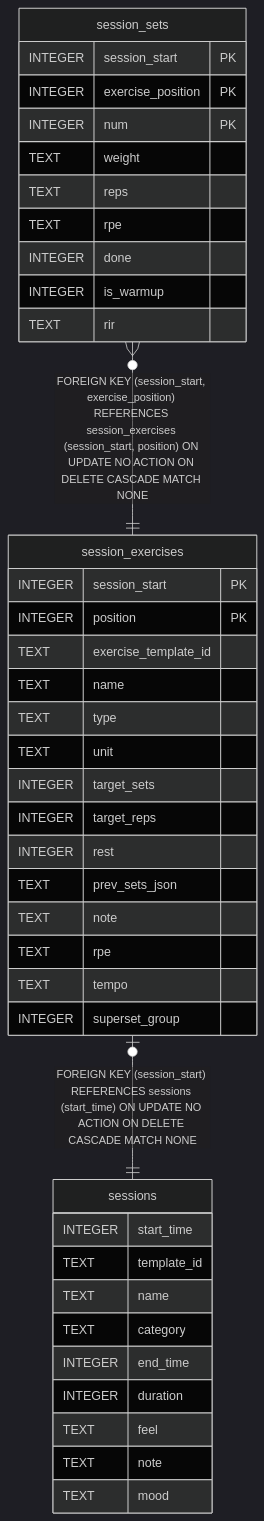
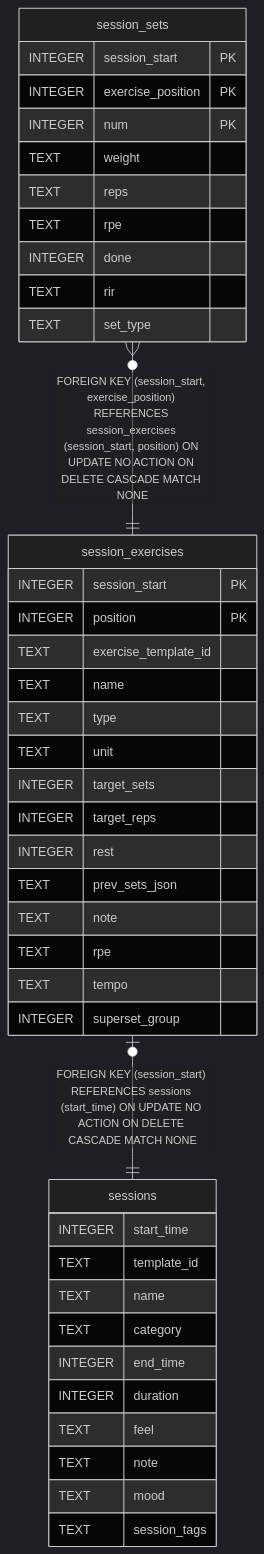
The diagram in docs/schema/user/session_exercises.md (wilburwing-art/phase-training2), drawn with Mermaid (dark theme) before and after one commit. The commit also changed 40 other files, not shown here.

````diff
--- a/docs/schema/user/session_exercises.md
+++ b/docs/schema/user/session_exercises.md
@@ -64,45 +64,46 @@
 ```mermaid
 erDiagram
 
 "session_exercises" |o--|| "sessions" : "FOREIGN KEY (session_start) REFERENCES sessions (start_time) ON UPDATE NO ACTION ON DELETE CASCADE MATCH NONE"
 "session_sets" }o--|| "session_exercises" : "FOREIGN KEY (session_start, exercise_position) REFERENCES session_exercises (session_start, position) ON UPDATE NO ACTION ON DELETE CASCADE MATCH NONE"
 
 "session_exercises" {
   INTEGER session_start PK
   INTEGER position PK
   TEXT exercise_template_id
   TEXT name
   TEXT type
   TEXT unit
   INTEGER target_sets
   INTEGER target_reps
   INTEGER rest
   TEXT prev_sets_json
   TEXT note
   TEXT rpe
   TEXT tempo
   INTEGER superset_group
 }
 "sessions" {
   INTEGER start_time
   TEXT template_id
   TEXT name
   TEXT category
   INTEGER end_time
   INTEGER duration
   TEXT feel
   TEXT note
   TEXT mood
+  TEXT session_tags
 }
 "session_sets" {
   INTEGER session_start PK
   INTEGER exercise_position PK
   INTEGER num PK
   TEXT weight
   TEXT reps
   TEXT rpe
   INTEGER done
-  INTEGER is_warmup
   TEXT rir
+  TEXT set_type
 }
 ```
````
